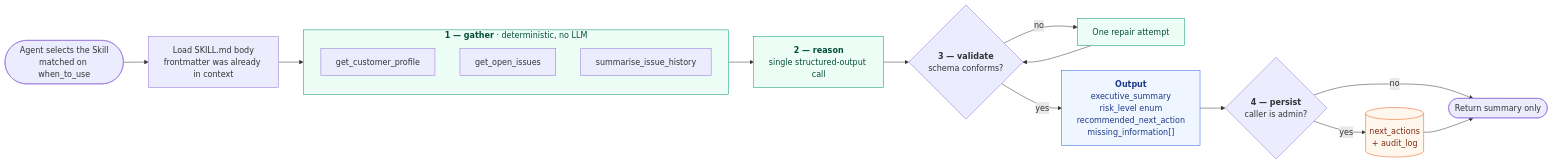
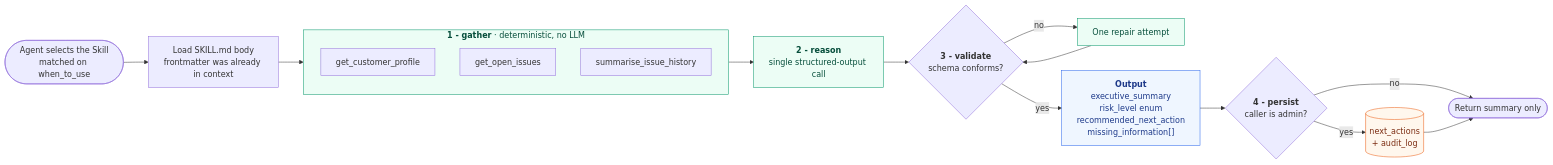
The fifth of 5 diagrams in ARCHITECTURE.md (ronan498/acme-operations-assistant), drawn with Mermaid before and after one commit. The commit also changed other lines of this file and 5 other files, not shown here.

````diff
--- a/ARCHITECTURE.md
+++ b/ARCHITECTURE.md
@@ -246,34 +245,34 @@
 ```mermaid
 flowchart LR
     INV(["Agent selects the Skill<br/>matched on when_to_use"]) --> LOAD["Load SKILL.md body<br/>frontmatter was already in context"]
 
     LOAD --> GATHER
 
-    subgraph GATHER["<b>1 — gather</b> · deterministic, no LLM"]
+    subgraph GATHER["<b>1 - gather</b> · deterministic, no LLM"]
         direction TB
         T1["get_customer_profile"]
         T2["get_open_issues"]
         T3["summarise_issue_history"]
     end
 
-    GATHER --> REASON["<b>2 — reason</b><br/>single structured-output call"]
-    REASON --> VALID{"<b>3 — validate</b><br/>schema conforms?"}
+    GATHER --> REASON["<b>2 - reason</b><br/>single structured-output call"]
+    REASON --> VALID{"<b>3 - validate</b><br/>schema conforms?"}
 
     VALID -->|"no"| RETRY["One repair attempt"]
     RETRY --> VALID
 
     VALID -->|"yes"| OUT["<b>Output</b><br/>executive_summary<br/>risk_level enum<br/>recommended_next_action<br/>missing_information[]"]
 
-    OUT --> PERSIST{"<b>4 — persist</b><br/>caller is admin?"}
+    OUT --> PERSIST{"<b>4 - persist</b><br/>caller is admin?"}
     PERSIST -->|"yes"| WRITE[("next_actions<br/>+ audit_log")]
     PERSIST -->|"no"| RETURN(["Return summary only"])
     WRITE --> RETURN
 
     classDef step fill:#ecfdf5,stroke:#059669,color:#064e3b
     classDef out fill:#eff6ff,stroke:#2563eb,color:#1e3a8a
     classDef store fill:#fff7ed,stroke:#ea580c,color:#7c2d12
 
     class GATHER,REASON,RETRY step
     class OUT out
     class WRITE store
 ```
````
